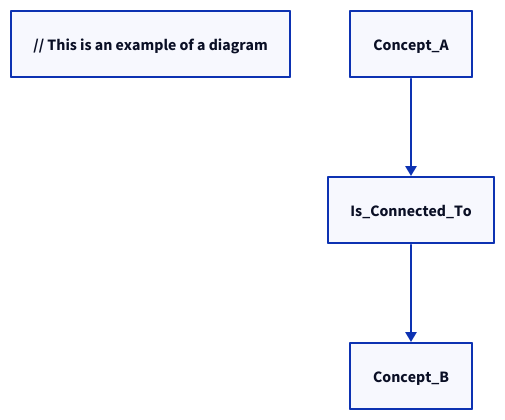
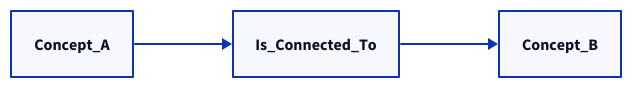
One commit to akirak/late-stack changed the diagram in src/contents/posts/style-guide.md. Above: the diagram before and after it, drawn with D2. The commit also changed other lines of this file, not shown here.

Commit message:
fix(posts): Fix the diagram example

````diff
--- a/src/contents/posts/style-guide.md
+++ b/src/contents/posts/style-guide.md
@@ -153,4 +153,6 @@
 ```d2
-// This is an example of a diagram.
+# This is an example of a diagram.
+direction: right
+
 Concept_A -> Is_Connected_To -> Concept_B
 ```
````
